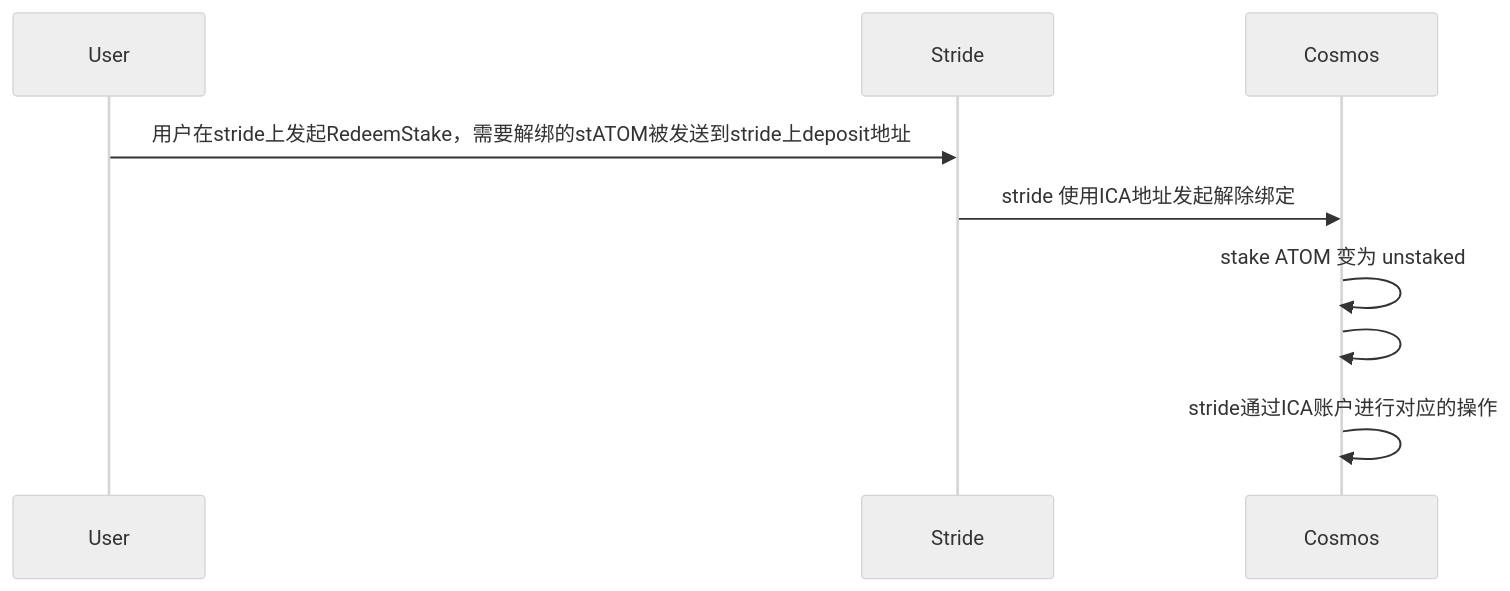
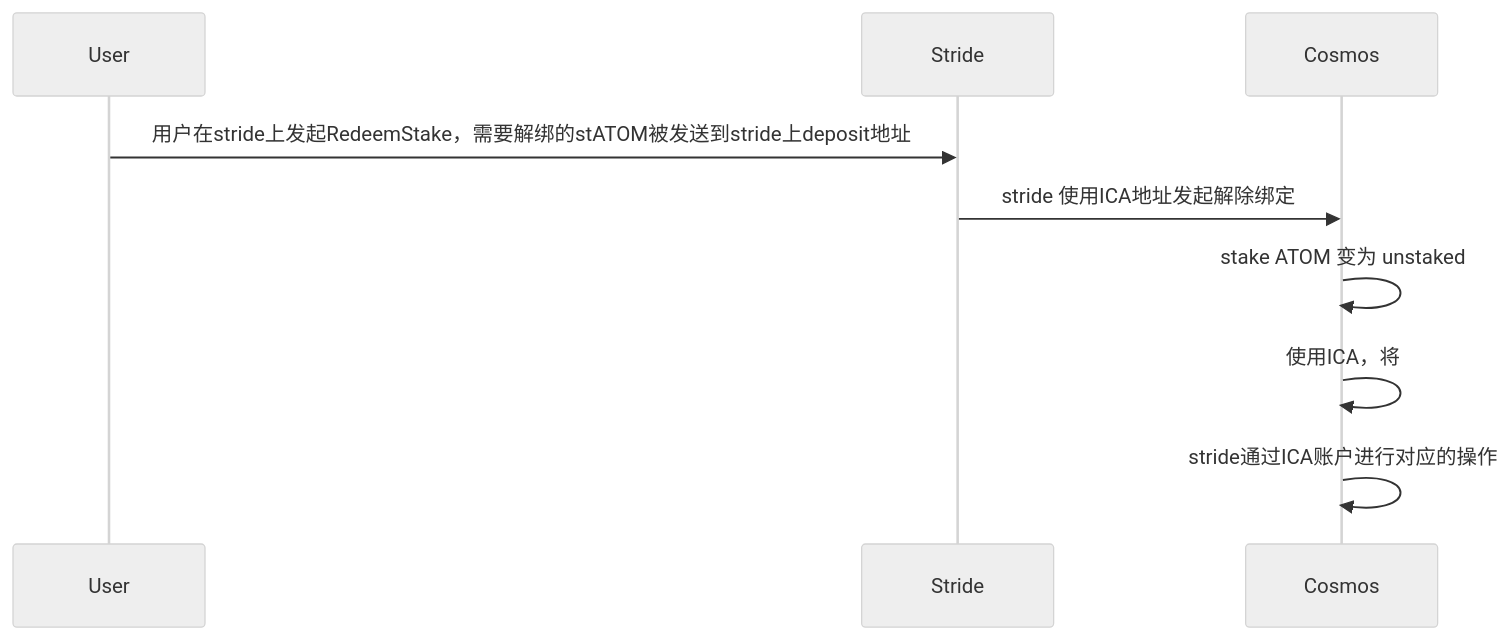
One commit to yingjianzh/iodraw-files changed the diagram in all/unbonding.md. Above: the diagram before and after it, drawn with Mermaid (neutral theme).

Commit message:
2024-03-28 15:32:46 update

````diff
--- a/all/unbonding.md
+++ b/all/unbonding.md
@@ -1,8 +1,8 @@
 ```mermaid
 sequenceDiagram
     User->>Stride: 用户在stride上发起RedeemStake，需要解绑的stATOM被发送到stride上deposit地址
     Stride->>Cosmos: stride 使用ICA地址发起解除绑定
     Cosmos->>Cosmos: stake ATOM 变为 unstaked
-    Cosmos->>Cosmos: 
+    Cosmos->>Cosmos: 使用ICA，将
     Cosmos->>Cosmos: stride通过ICA账户进行对应的操作
 ```
````
